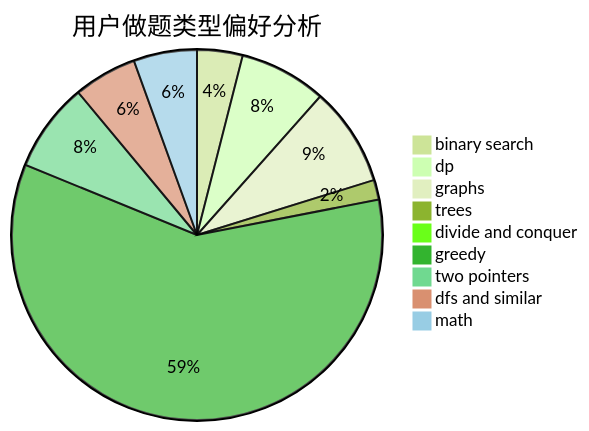
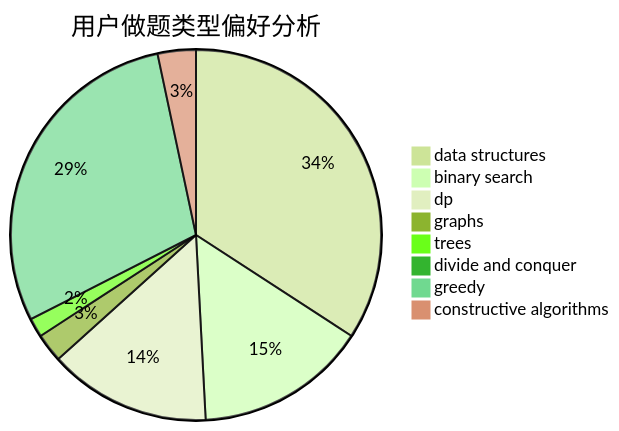
One commit to sherpahu/cfrs.github.io changed the second of 3 diagrams in docs/user/u1795.md. Above: the diagram before and after it, drawn with Mermaid (forest theme). The commit also changed other lines of this file and 2775 other files, not shown here.

````diff
--- a/docs/user/u1795.md
+++ b/docs/user/u1795.md
@@ -23,12 +23,11 @@
 ```mermaid
 pie title 用户做题类型偏好分析
-    "binary search" :  23
-    "dp" :  44
-    "graphs" :  50
-    "trees" :  10
+    "data structures" :  41
+    "binary search" :  18
+    "dp" :  17
+    "graphs" :  3
+    "trees" :  2
     "divide and conquer" :  0
-    "greedy" :  343
-    "two pointers" :  45
-    "dfs and similar" :  32
-    "math" :  32
+    "greedy" :  35
+    "constructive algorithms" :  4
 ```
````
